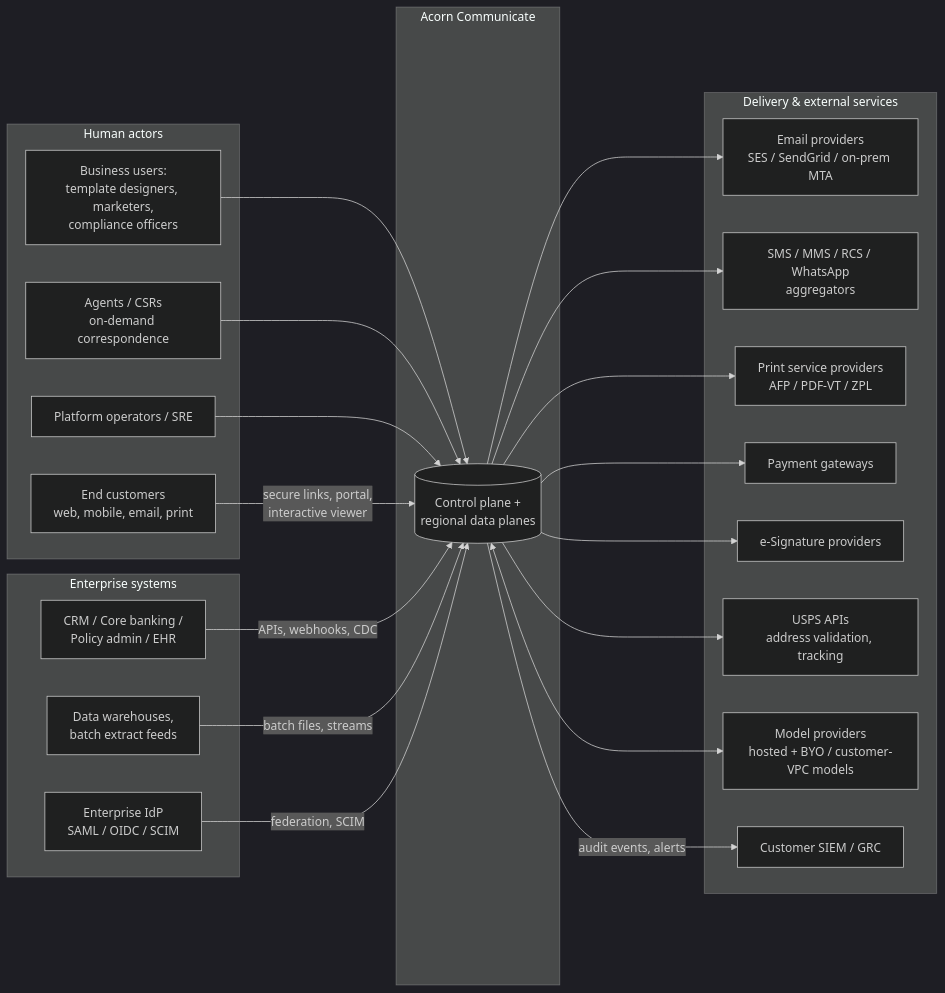
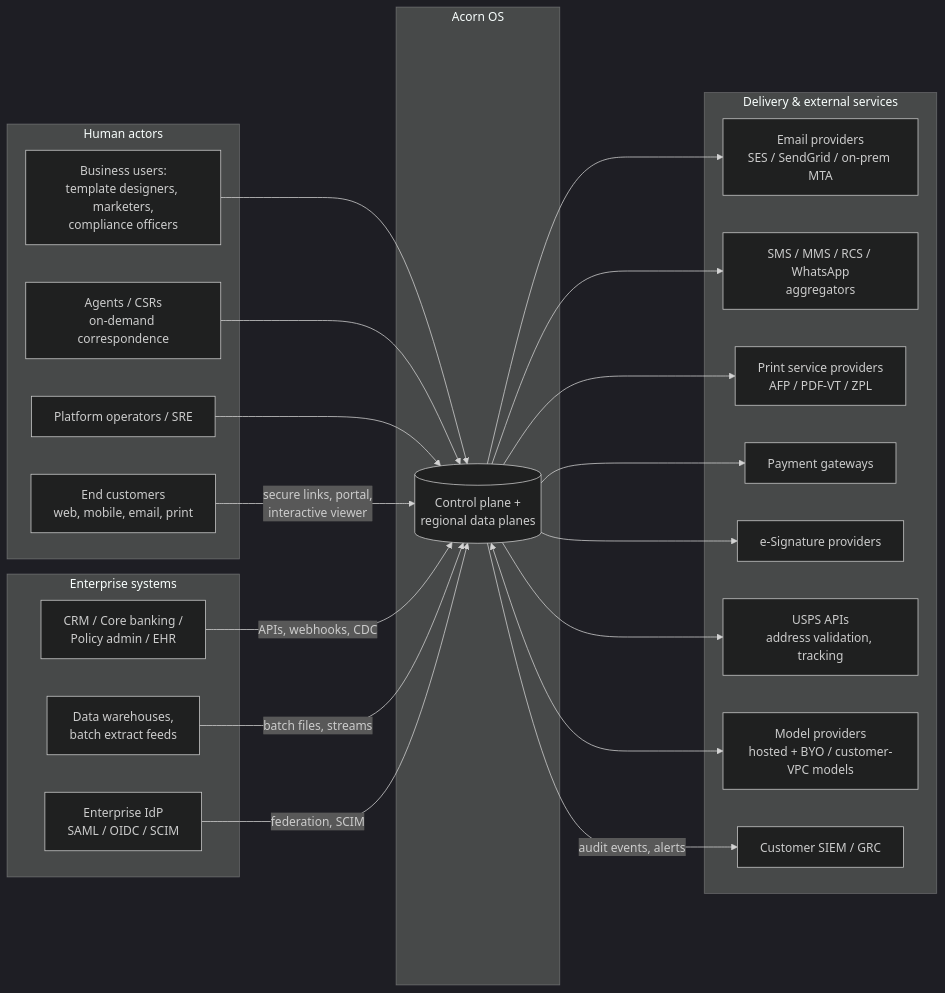
Before and after one commit to alanburger88/Acorn.Access: the first of 10 diagrams in platform/04-architecture.md, drawn with Mermaid (dark theme). The commit also changed other lines of this file and 158 other files, not shown here.

````diff
--- a/platform/04-architecture.md
+++ b/platform/04-architecture.md
@@ -34,43 +34,43 @@
 ```mermaid
 flowchart LR
     subgraph Actors["Human actors"]
         BU[Business users:\ntemplate designers, marketers,\ncompliance officers]
         CSR[Agents / CSRs\non-demand correspondence]
         CUST[End customers\nweb, mobile, email, print]
         OPS[Platform operators / SRE]
     end
 
-    subgraph Acorn["Acorn Communicate"]
+    subgraph Acorn["Acorn OS"]
         CORE[(Control plane +\nregional data planes)]
     end
 
     subgraph Upstream["Enterprise systems"]
         CRM[CRM / Core banking /\nPolicy admin / EHR]
         DWH[Data warehouses,\nbatch extract feeds]
         IDP[Enterprise IdP\nSAML / OIDC / SCIM]
     end
 
     subgraph Downstream["Delivery & external services"]
         ESP[Email providers\nSES / SendGrid / on-prem MTA]
         TEL[SMS / MMS / RCS / WhatsApp\naggregators]
         PSP[Print service providers\nAFP / PDF-VT / ZPL]
         PAY[Payment gateways]
         ESIG[e-Signature providers]
         USPS[USPS APIs\naddress validation, tracking]
         LLM[Model providers\nhosted + BYO / customer-VPC models]
         SIEM[Customer SIEM / GRC]
     end
 
     BU --> CORE
     CSR --> CORE
     OPS --> CORE
     CUST -->|secure links, portal,\ninteractive viewer| CORE
     CRM -->|APIs, webhooks, CDC| CORE
     DWH -->|batch files, streams| CORE
     IDP -->|federation, SCIM| CORE
     CORE --> ESP & TEL & PSP
     CORE --> PAY & ESIG
     CORE --> USPS
     CORE <--> LLM
     CORE -->|audit events, alerts| SIEM
 ```
````
